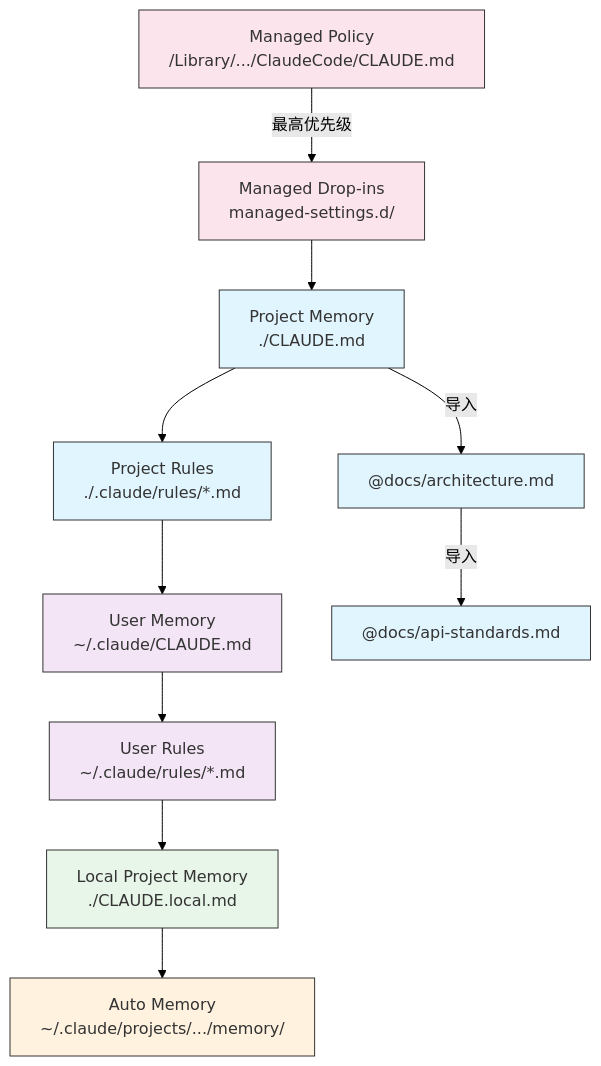
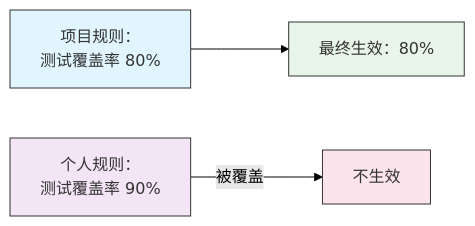
One commit to hellojoju/claude-code-lesson changed the second of 3 diagrams in 04-memory/README.md. Above: the diagram before and after it, drawn with Mermaid (forest theme). The commit also changed other lines of this file and 11 other files, not shown here.

````diff
--- a/04-memory/README.md
+++ b/04-memory/README.md
@@ -270,24 +180,10 @@
 ```mermaid
-graph TD
-    A["Managed Policy<br/>/Library/.../ClaudeCode/CLAUDE.md"] -->|最高优先级| A2["Managed Drop-ins<br/>managed-settings.d/"]
-    A2 --> B["Project Memory<br/>./CLAUDE.md"]
-    B --> C["Project Rules<br/>./.claude/rules/*.md"]
-    C --> D["User Memory<br/>~/.claude/CLAUDE.md"]
-    D --> E["User Rules<br/>~/.claude/rules/*.md"]
-    E --> F["Local Project Memory<br/>./CLAUDE.local.md"]
-    F --> G["Auto Memory<br/>~/.claude/projects/.../memory/"]
+graph LR
+    A["项目规则：<br/>测试覆盖率 80%"] --> B["最终生效：80%"]
+    C["个人规则：<br/>测试覆盖率 90%"] -->|被覆盖| D["不生效"]
 
-    B -->|导入| H["@docs/architecture.md"]
-    H -->|导入| I["@docs/api-standards.md"]
-
-    style A fill:#fce4ec,stroke:#333,color:#333
-    style A2 fill:#fce4ec,stroke:#333,color:#333
-    style B fill:#e1f5fe,stroke:#333,color:#333
-    style C fill:#e1f5fe,stroke:#333,color:#333
-    style D fill:#f3e5f5,stroke:#333,color:#333
-    style E fill:#f3e5f5,stroke:#333,color:#333
-    style F fill:#e8f5e9,stroke:#333,color:#333
-    style G fill:#fff3e0,stroke:#333,color:#333
-    style H fill:#e1f5fe,stroke:#333,color:#333
-    style I fill:#e1f5fe,stroke:#333,color:#333
+    style A fill:#e1f5fe,stroke:#333,color:#333
+    style B fill:#e8f5e9,stroke:#333,color:#333
+    style C fill:#f3e5f5,stroke:#333,color:#333
+    style D fill:#fce4ec,stroke:#333,color:#333
 ```
````
